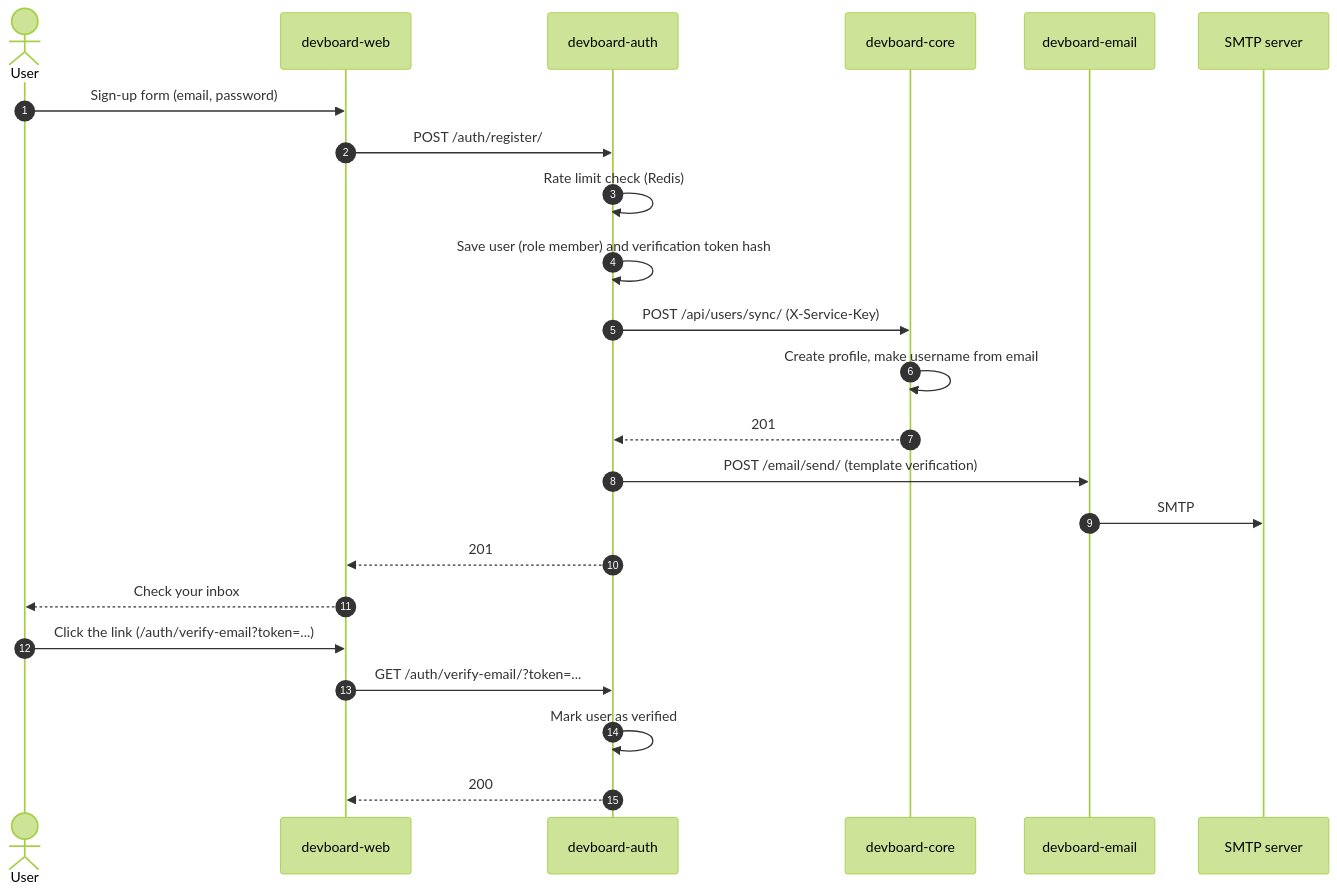
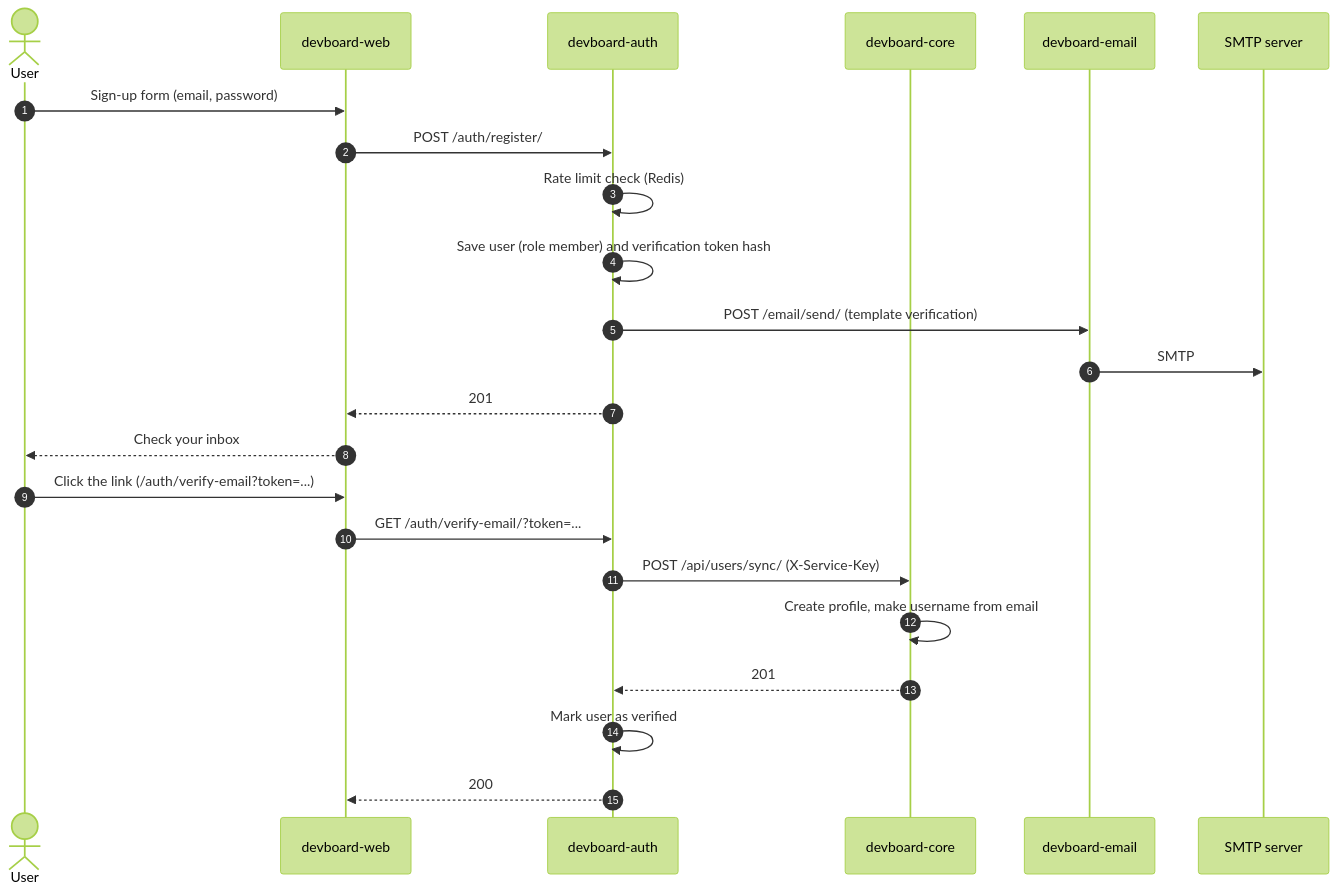
Before and after one commit to devboard-app/devboard-docs: the diagram in architecture/flows/sign-up-and-verify.md, drawn with Mermaid (forest theme). The commit also changed other lines of this file and 21 other files, not shown here.

````diff
--- a/architecture/flows/sign-up-and-verify.md
+++ b/architecture/flows/sign-up-and-verify.md
@@ -8,26 +8,26 @@
 ```mermaid
 sequenceDiagram
     autonumber
     actor U as User
     participant W as devboard-web
     participant A as devboard-auth
     participant C as devboard-core
     participant E as devboard-email
     participant S as SMTP server
 
     U->>W: Sign-up form (email, password)
     W->>A: POST /auth/register/
     A->>A: Rate limit check (Redis)
     A->>A: Save user (role member) and verification token hash
-    A->>C: POST /api/users/sync/ (X-Service-Key)
-    C->>C: Create profile, make username from email
-    C-->>A: 201
     A->>E: POST /email/send/ (template verification)
     E->>S: SMTP
     A-->>W: 201
     W-->>U: Check your inbox
     U->>W: Click the link (/auth/verify-email?token=...)
     W->>A: GET /auth/verify-email/?token=...
+    A->>C: POST /api/users/sync/ (X-Service-Key)
+    C->>C: Create profile, make username from email
+    C-->>A: 201
     A->>A: Mark user as verified
     A-->>W: 200
 ```
````
